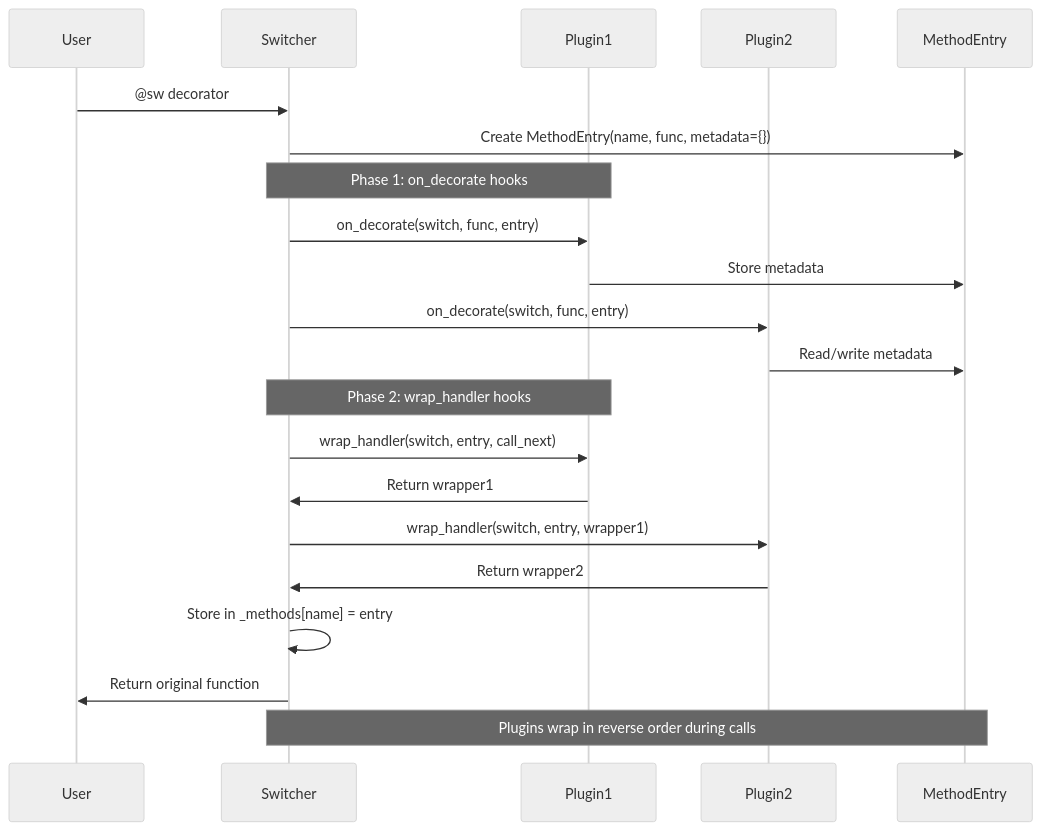
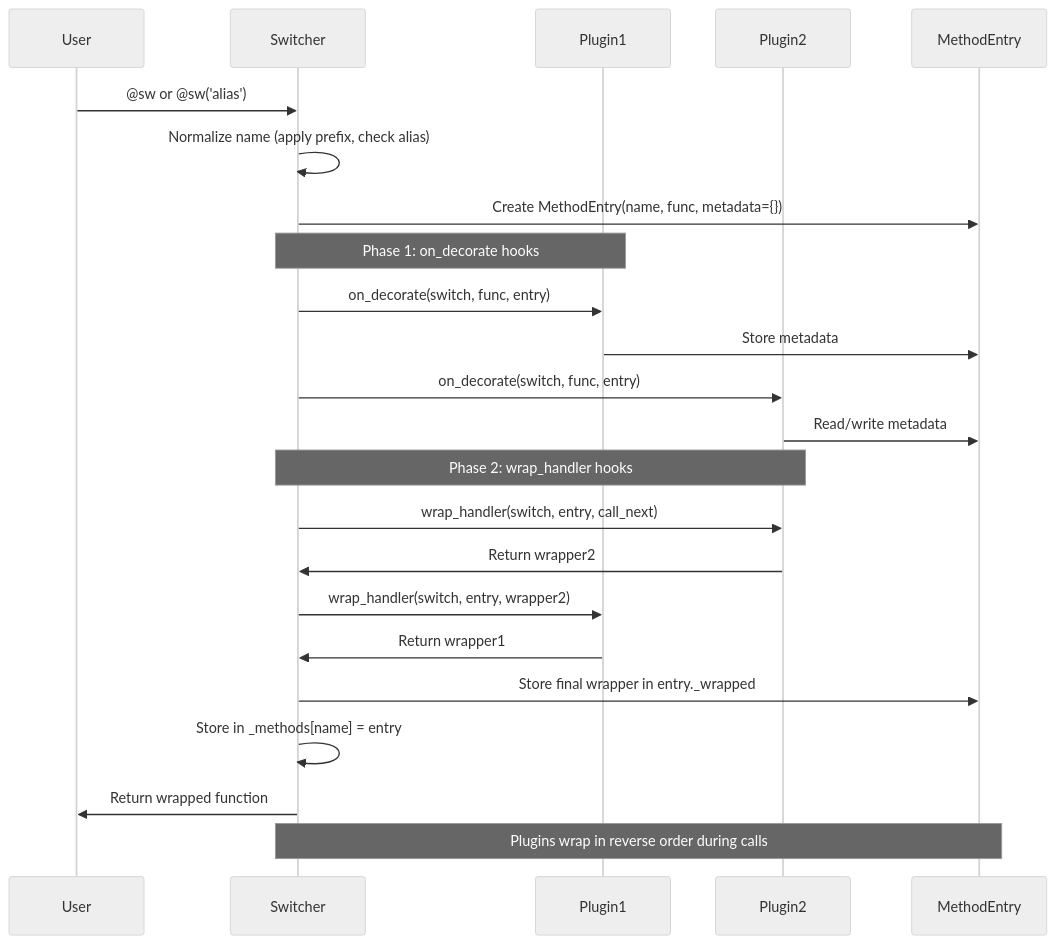
One commit to genropy/smartswitch changed the second of 4 diagrams in docs/appendix/architecture.md. Above: the diagram before and after it, drawn with Mermaid (neutral theme). The commit also changed other lines of this file and 11 other files, not shown here.

````diff
--- a/docs/appendix/architecture.md
+++ b/docs/appendix/architecture.md
@@ -67,28 +67,30 @@
 ```mermaid
 sequenceDiagram
     participant User
     participant Switcher
     participant Plugin1
     participant Plugin2
     participant MethodEntry
 
-    User->>Switcher: @sw decorator
+    User->>Switcher: @sw or @sw('alias')
+    Switcher->>Switcher: Normalize name (apply prefix, check alias)
     Switcher->>MethodEntry: Create MethodEntry(name, func, metadata={})
 
     Note over Switcher,Plugin1: Phase 1: on_decorate hooks
     Switcher->>Plugin1: on_decorate(switch, func, entry)
     Plugin1->>MethodEntry: Store metadata
     Switcher->>Plugin2: on_decorate(switch, func, entry)
     Plugin2->>MethodEntry: Read/write metadata
 
-    Note over Switcher,Plugin1: Phase 2: wrap_handler hooks
-    Switcher->>Plugin1: wrap_handler(switch, entry, call_next)
+    Note over Switcher,Plugin2: Phase 2: wrap_handler hooks
+    Switcher->>Plugin2: wrap_handler(switch, entry, call_next)
+    Plugin2->>Switcher: Return wrapper2
+    Switcher->>Plugin1: wrap_handler(switch, entry, wrapper2)
     Plugin1->>Switcher: Return wrapper1
-    Switcher->>Plugin2: wrap_handler(switch, entry, wrapper1)
-    Plugin2->>Switcher: Return wrapper2
 
+    Switcher->>MethodEntry: Store final wrapper in entry._wrapped
     Switcher->>Switcher: Store in _methods[name] = entry
-    Switcher->>User: Return original function
+    Switcher->>User: Return wrapped function
 
     Note over Switcher,MethodEntry: Plugins wrap in reverse order during calls
 ```
````
